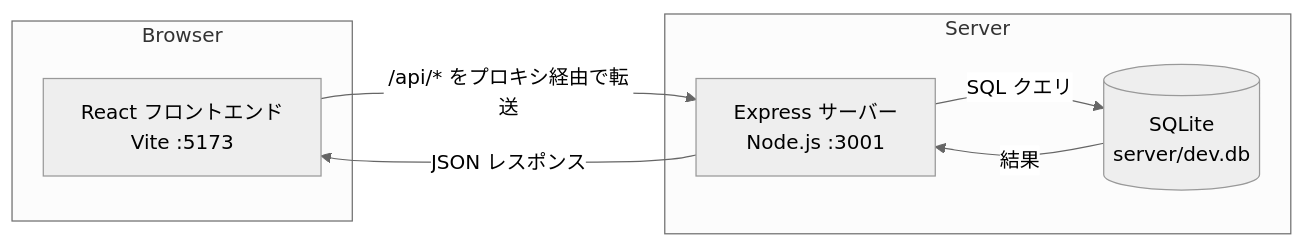
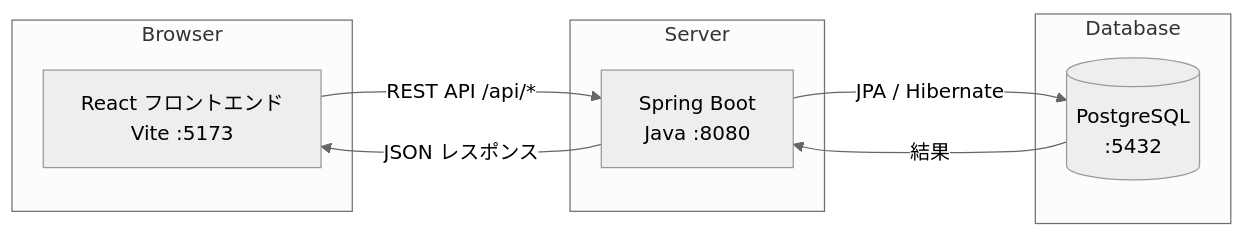
One commit to yuhihamada0703/AI-Engineer-Course---yuhihamada changed the sixth of 6 diagrams in docs/design.md. Above: the diagram before and after it, drawn with Mermaid (neutral theme). The commit also changed other lines of this file and 5 other files, not shown here.

````diff
--- a/docs/design.md
+++ b/docs/design.md
@@ -193,15 +198,17 @@
 ```mermaid
 graph LR
     subgraph Browser
         React[React フロントエンド\nVite :5173]
     end
     subgraph Server
-        Express[Express サーバー\nNode.js :3001]
-        SQLite[(SQLite\nserver/dev.db)]
+        SpringBoot[Spring Boot\nJava :8080]
+    end
+    subgraph Database
+        PG[(PostgreSQL\n:5432)]
     end
 
-    React -->|/api/* をプロキシ経由で転送| Express
-    Express -->|SQL クエリ| SQLite
-    SQLite -->|結果| Express
-    Express -->|JSON レスポンス| React
+    React -->|REST API /api/*| SpringBoot
+    SpringBoot -->|JPA / Hibernate| PG
+    PG -->|結果| SpringBoot
+    SpringBoot -->|JSON レスポンス| React
 ```
````
